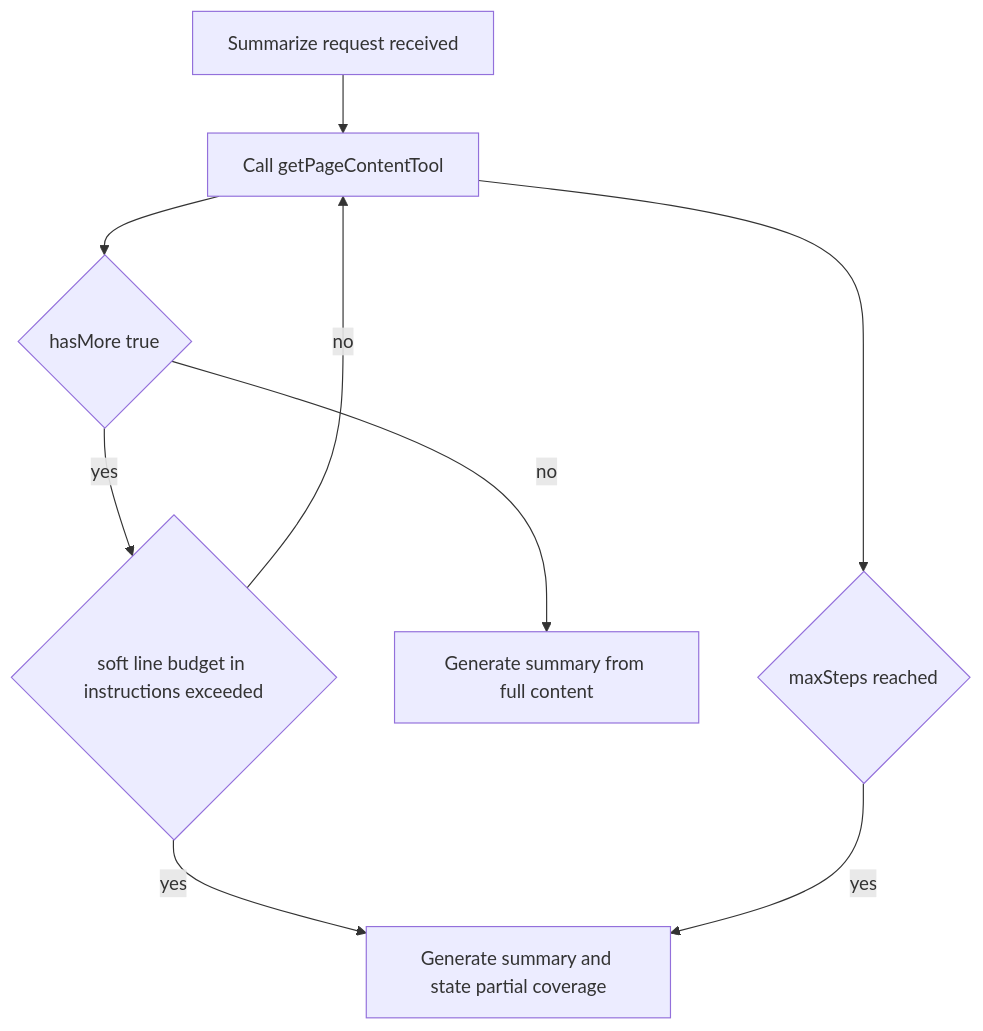
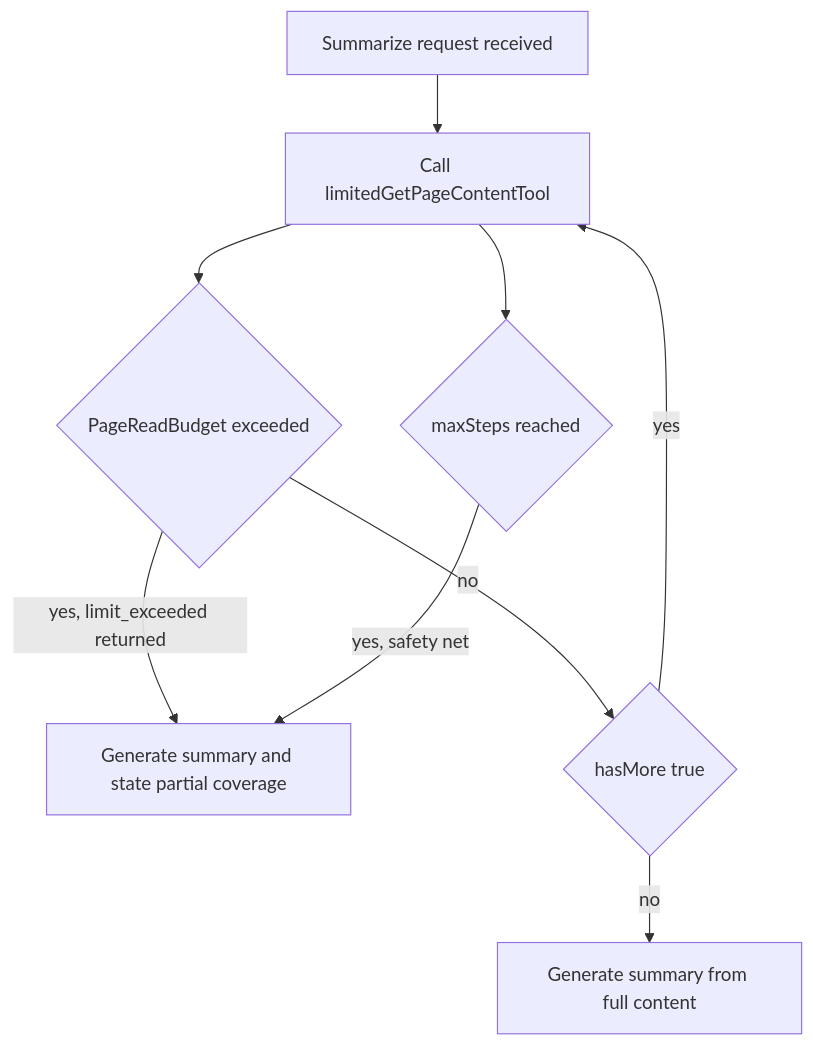
One commit to growilabs/growi changed the third of 4 diagrams in .kiro/specs/ai-summarize/design.md. Above: the diagram before and after it, drawn with Mermaid. The commit also changed other lines of this file and 3 other files, not shown here.

First line of the commit message:
docs(ai-summarize): add summary persistence and shared display spec

````diff
--- a/.kiro/specs/ai-summarize/design.md
+++ b/.kiro/specs/ai-summarize/design.md
@@ -178,11 +228,11 @@
 ```mermaid
 flowchart TD
-    Start[Summarize request received] --> Read[Call getPageContentTool]
-    Read --> HasMore{hasMore true}
-    HasMore -->|yes| SoftLimit{soft line budget in instructions exceeded}
-    SoftLimit -->|no| Read
-    SoftLimit -->|yes| PartialSummary[Generate summary and state partial coverage]
+    Start[Summarize request received] --> Read[Call limitedGetPageContentTool]
+    Read --> BudgetCheck{PageReadBudget exceeded}
+    BudgetCheck -->|yes, limit_exceeded returned| PartialSummary[Generate summary and state partial coverage]
+    BudgetCheck -->|no| HasMore{hasMore true}
+    HasMore -->|yes| Read
     HasMore -->|no| FullSummary[Generate summary from full content]
-    Read --> HardCap{maxSteps reached}
-    HardCap -->|yes| PartialSummary
+    Read --> StepCap{maxSteps reached}
+    StepCap -->|yes, safety net| PartialSummary
 ```
````
